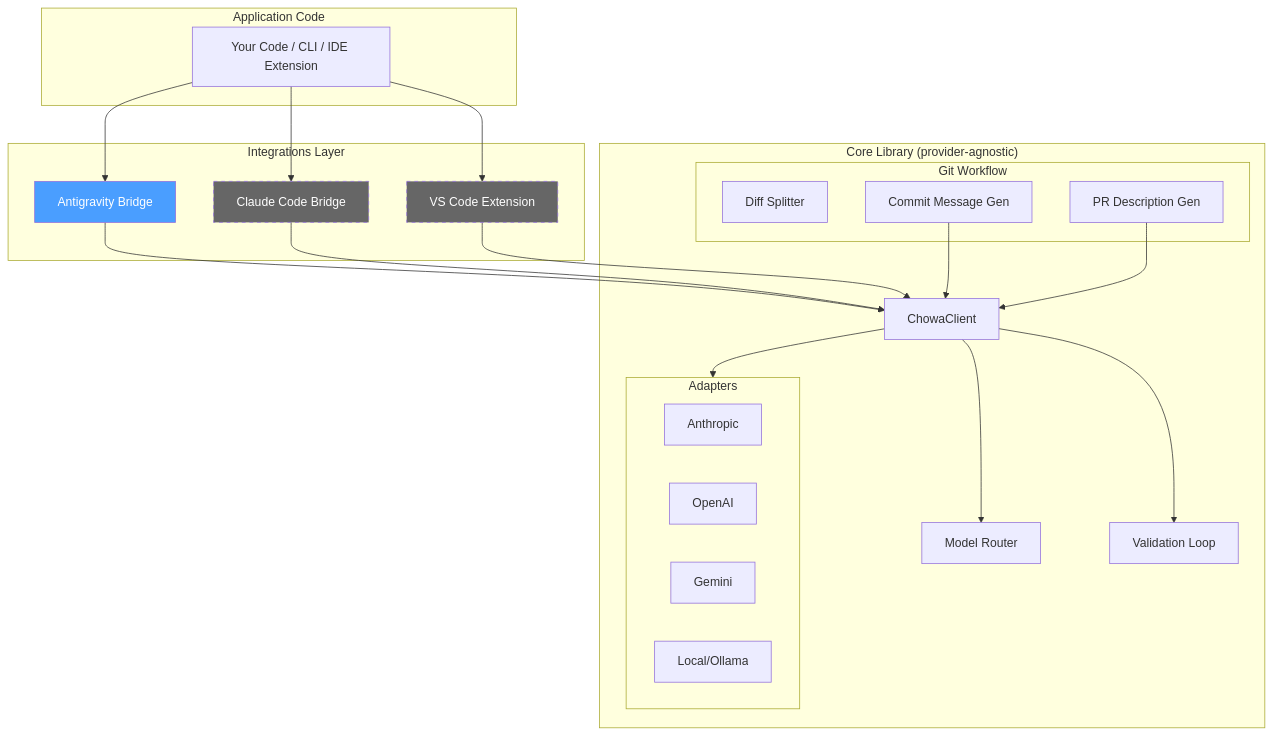
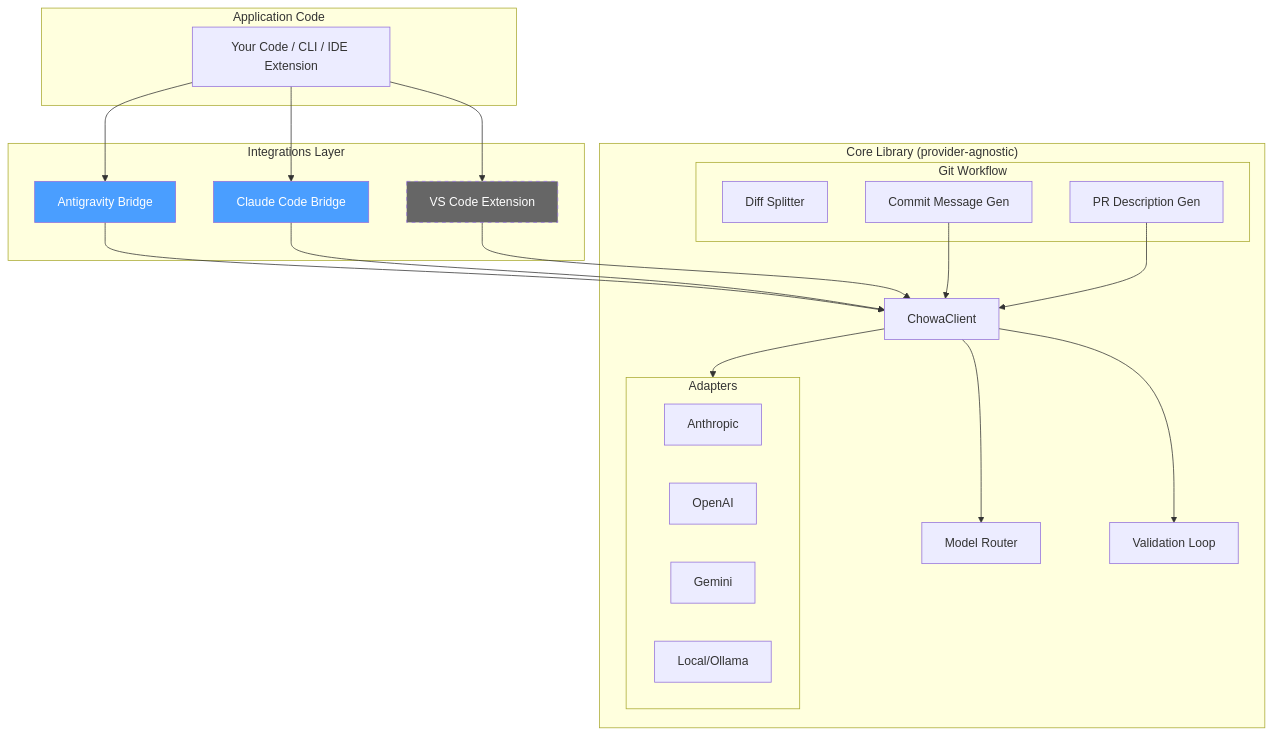
The diagram in README.md (franprince/chowa), drawn with Mermaid before and after one commit. The commit also changed other lines of this file, not shown here.

````diff
--- a/README.md
+++ b/README.md
@@ -18,43 +18,43 @@
 ```mermaid
 graph TD
     subgraph "Application Code"
         APP[Your Code / CLI / IDE Extension]
     end
 
     subgraph "Integrations Layer"
         AG[Antigravity Bridge]
         CC[Claude Code Bridge]
         VS[VS Code Extension]
     end
 
     subgraph "Core Library (provider-agnostic)"
         CLIENT[ChowaClient]
         ROUTER[Model Router]
         VALIDATE[Validation Loop]
 
         subgraph Adapters
             ANTH[Anthropic]
             OAI[OpenAI]
             GEM[Gemini]
             LOCAL[Local/Ollama]
         end
 
         subgraph "Git Workflow"
             SPLIT[Diff Splitter]
             COMMIT[Commit Message Gen]
             PR[PR Description Gen]
         end
     end
 
     APP --> AG & CC & VS
     AG & CC & VS --> CLIENT
     CLIENT --> ROUTER
     CLIENT --> VALIDATE
     CLIENT --> Adapters
     COMMIT --> CLIENT
     PR --> CLIENT
 
     style AG fill:#4a9eff,color:#fff
-    style CC fill:#666,color:#fff,stroke-dasharray: 5 5
+    style CC fill:#4a9eff,color:#fff
     style VS fill:#666,color:#fff,stroke-dasharray: 5 5
 ```
````
